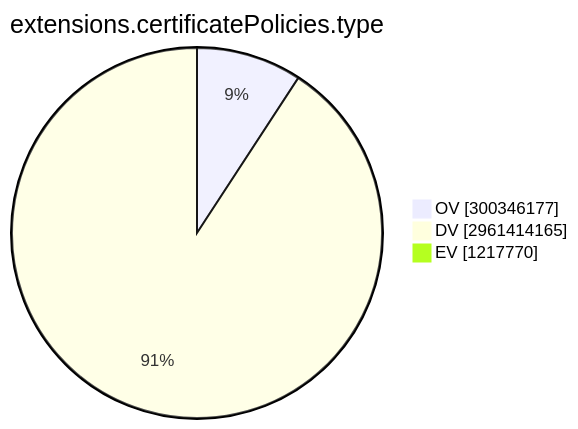
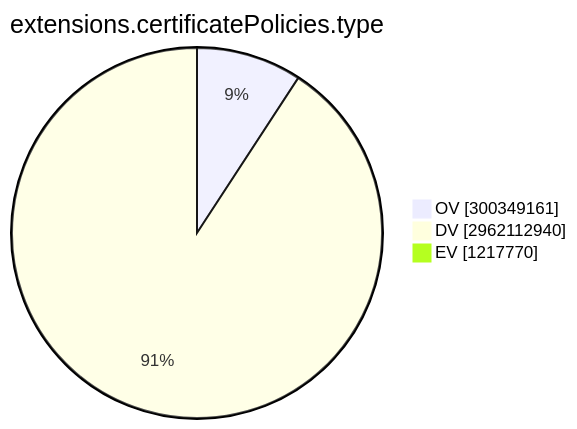
The ninth of 15 diagrams in TOTAL/README.md (christiankrug/ctmonitor_visualization), drawn with Mermaid before and after one commit. The commit also changed other lines of this file, not shown here.

````diff
--- a/TOTAL/README.md
+++ b/TOTAL/README.md
@@ -3101,7 +3101,7 @@
 ```mermaid
 pie showData
 title extensions.certificatePolicies.type
-"OV" :300346177
-"DV" :2961414165
+"OV" :300349161
+"DV" :2962112940
 "EV" :1217770
 ```
````
